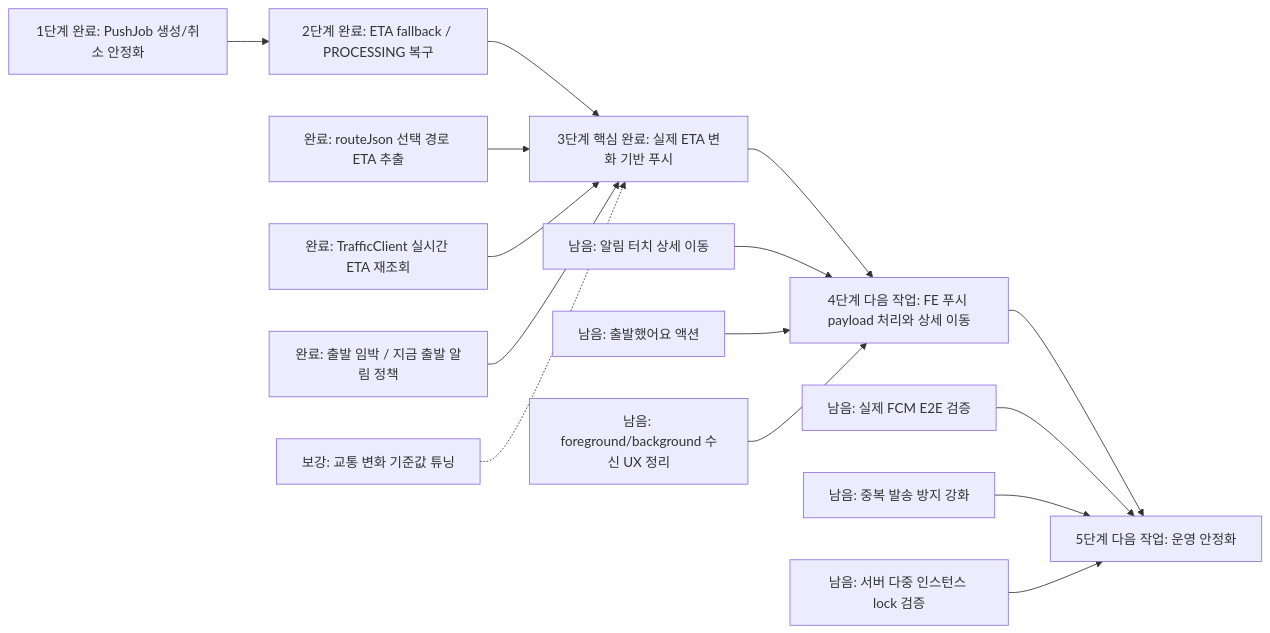
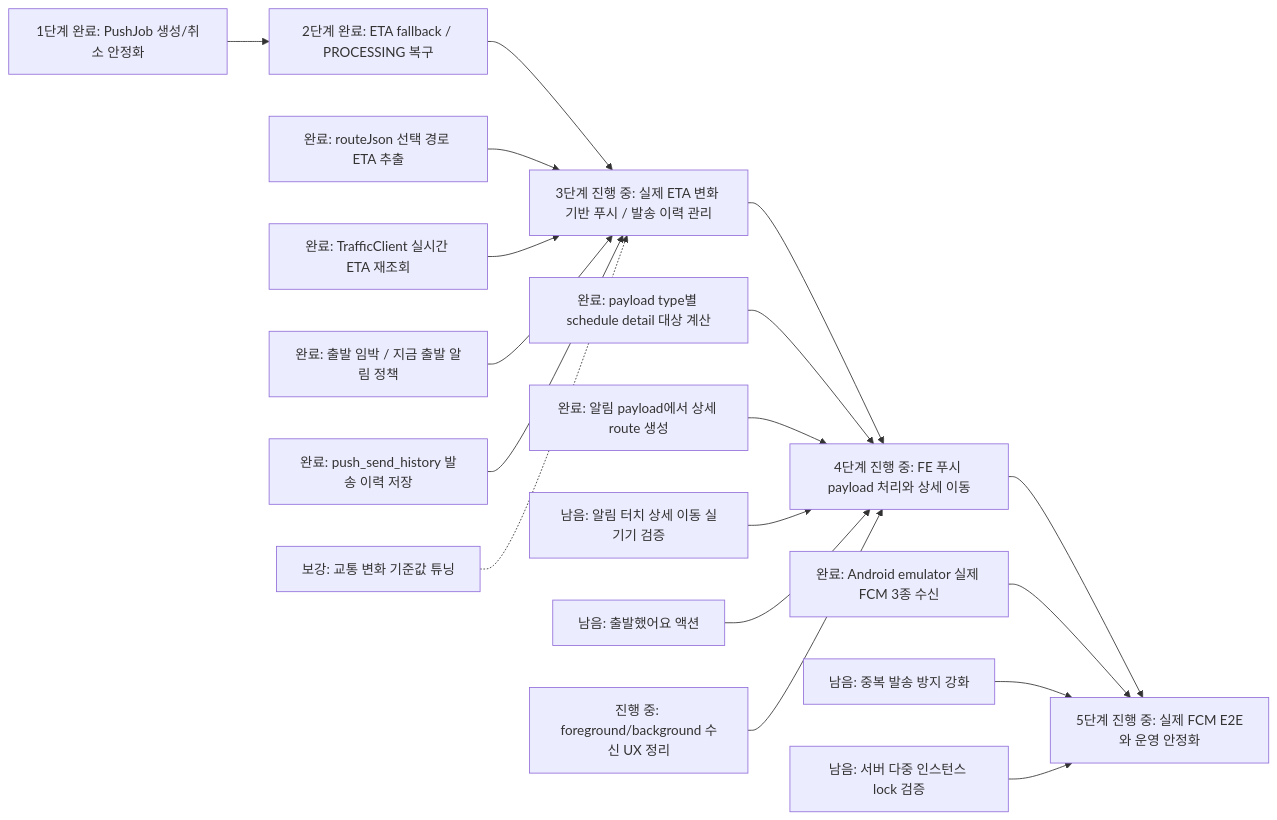
One commit to NoLate-Project/NoLate_BE changed the fifth of 5 diagrams in docs/schedule-push-codex-handoff.md. Above: the diagram before and after it, drawn with Mermaid. The commit also changed other lines of this file and 12 other files, not shown here.

Commit message:
feat: track schedule push delivery history

````diff
--- a/docs/schedule-push-codex-handoff.md
+++ b/docs/schedule-push-codex-handoff.md
@@ -196,20 +278,23 @@
 ```mermaid
 flowchart LR
   A["1단계 완료: PushJob 생성/취소 안정화"] --> B["2단계 완료: ETA fallback / PROCESSING 복구"]
-  B --> C["3단계 핵심 완료: 실제 ETA 변화 기반 푸시"]
-  C --> D["4단계 다음 작업: FE 푸시 payload 처리와 상세 이동"]
-  D --> E["5단계 다음 작업: 운영 안정화"]
+  B --> C["3단계 진행 중: 실제 ETA 변화 기반 푸시 / 발송 이력 관리"]
+  C --> D["4단계 진행 중: FE 푸시 payload 처리와 상세 이동"]
+  D --> E["5단계 진행 중: 실제 FCM E2E와 운영 안정화"]
 
   C1["완료: routeJson 선택 경로 ETA 추출"] --> C
   C2["완료: TrafficClient 실시간 ETA 재조회"] --> C
   C3["완료: 출발 임박 / 지금 출발 알림 정책"] --> C
+  C5["완료: push_send_history 발송 이력 저장"] --> C
   C4["보강: 교통 변화 기준값 튜닝"] -.-> C
 
-  D1["남음: 알림 터치 상세 이동"] --> D
-  D2["남음: 출발했어요 액션"] --> D
-  D3["남음: foreground/background 수신 UX 정리"] --> D
+  D1["완료: payload type별 schedule detail 대상 계산"] --> D
+  D5["완료: 알림 payload에서 상세 route 생성"] --> D
+  D2["남음: 알림 터치 상세 이동 실기기 검증"] --> D
+  D3["남음: 출발했어요 액션"] --> D
+  D4["진행 중: foreground/background 수신 UX 정리"] --> D
 
-  E1["남음: 실제 FCM E2E 검증"] --> E
+  E1["완료: Android emulator 실제 FCM 3종 수신"] --> E
   E2["남음: 중복 발송 방지 강화"] --> E
   E3["남음: 서버 다중 인스턴스 lock 검증"] --> E
 ```
````
